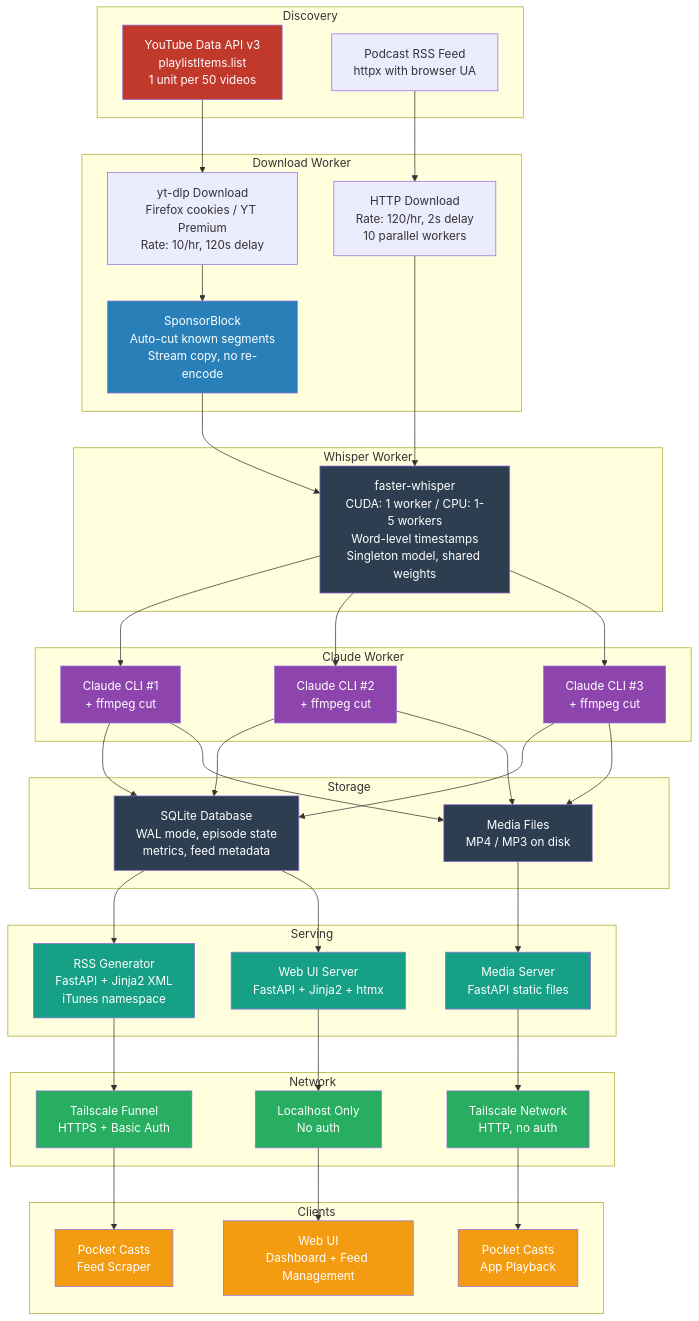
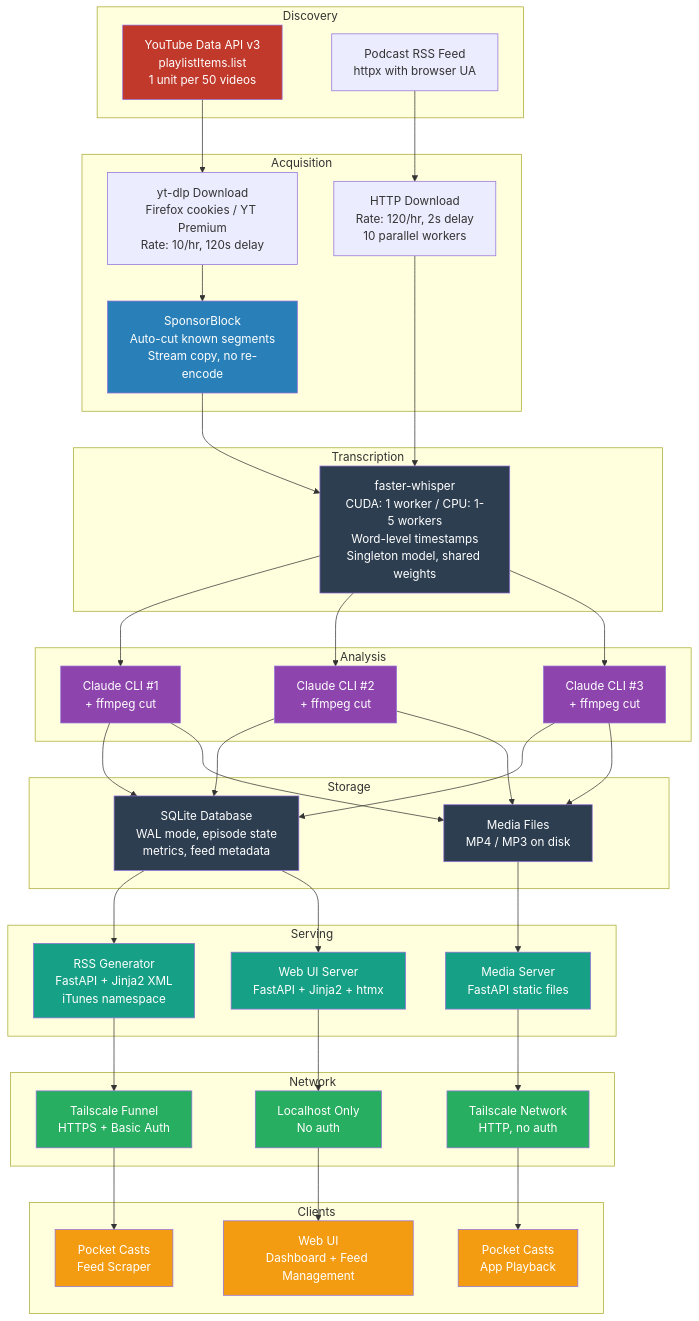
One commit to cwilliams5/Siphon changed the diagram in README.md. Above: the diagram before and after it, drawn with Mermaid.

Commit message:
Rename diagram stages: Acquisition, Transcription, Analysis
Consistent naming convention across all layers — describes the
what, not the how.

```diff
--- a/README.md
+++ b/README.md
@@ -186,18 +186,18 @@
         POD_RSS[Podcast RSS Feed<br/>httpx with browser UA]
     end
 
-    subgraph Download Worker
+    subgraph Acquisition
         YT_DL[yt-dlp Download<br/>Firefox cookies / YT Premium<br/>Rate: 10/hr, 120s delay]
         SB[SponsorBlock<br/>Auto-cut known segments<br/>Stream copy, no re-encode]
         POD_DL[HTTP Download<br/>Rate: 120/hr, 2s delay<br/>10 parallel workers]
         YT_DL --> SB
     end
 
-    subgraph Whisper Worker
+    subgraph Transcription
         WHISPER[faster-whisper<br/>CUDA: 1 worker / CPU: 1-5 workers<br/>Word-level timestamps<br/>Singleton model, shared weights]
     end
 
-    subgraph Claude Worker
+    subgraph Analysis
         CLAUDE1[Claude CLI #1<br/>+ ffmpeg cut]
         CLAUDE2[Claude CLI #2<br/>+ ffmpeg cut]
         CLAUDE3[Claude CLI #3<br/>+ ffmpeg cut]
```
